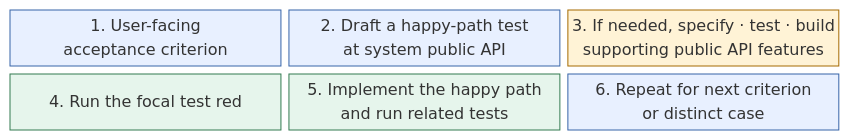
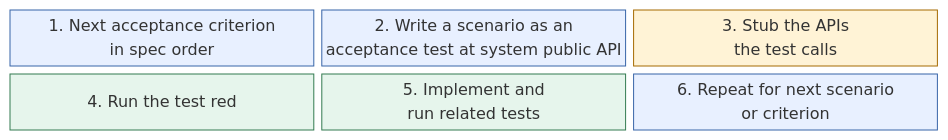
The diagram in assets/lean-tdd-workflow.mmd (jieli-matrix/openspec-schemas), drawn with Mermaid before and after one commit. The commit also changed 15 other files, not shown here.

First line of the commit message:
Focus lean-tdd schema on acceptance tests

```diff
--- a/assets/lean-tdd-workflow.mmd
+++ b/assets/lean-tdd-workflow.mmd
@@ -1,11 +1,11 @@
 block-beta
     columns 3
-    A["1. User-facing<br/>acceptance criterion"] B["2. Draft a happy-path test<br/>at system public API"] C["3. If needed, specify · test · build<br/>supporting public API features"]
-    D["4. Run the focal test red"] E["5. Implement the happy path<br/>and run related tests"] F["6. Repeat for next criterion<br/>or distinct case"]
+    A["1. Next acceptance criterion<br/>in spec order"] B["2. Write a scenario as an<br/>acceptance test at system public API"] C["3. Stub the APIs<br/>the test calls"]
+    D["4. Run the test red"] E["5. Implement and<br/>run related tests"] F["6. Repeat for next scenario<br/>or criterion"]
 
     classDef criterion fill:#e8f0ff,stroke:#3764a8,color:#152b4c
     classDef support fill:#fff3d6,stroke:#a56a00,color:#423008
     classDef action fill:#e6f5ec,stroke:#337b51,color:#193b29
     class A,B,F criterion
     class C support
     class D,E action
```
